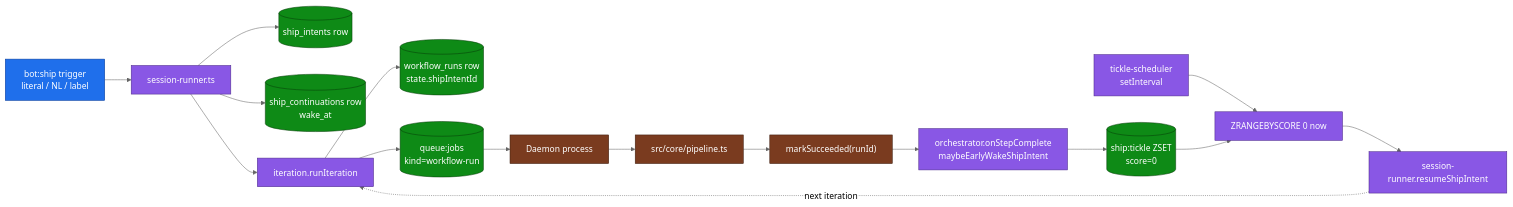
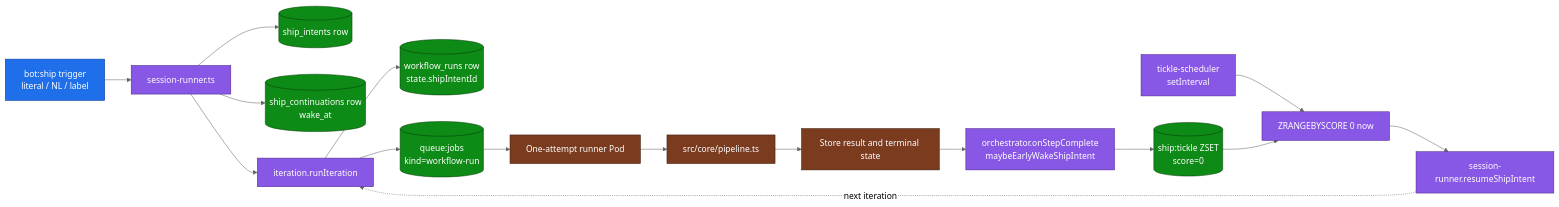
The third of 4 diagrams in docs/build/architecture.md (chrisleekr/github-app), drawn with Mermaid (neutral theme) before and after one commit. The commit also changed other lines of this file and 76 other files, not shown here.

Commit message:
feat(runner): isolate structured workflows in one-attempt Kubernetes Pods (#292)

````diff
--- a/docs/build/architecture.md
+++ b/docs/build/architecture.md
@@ -120,34 +270,34 @@
 ```mermaid
 flowchart LR
     Trigger["bot:ship trigger<br/>literal / NL / label"]:::input
     SR["session-runner.ts"]:::core
     Intent[("ship_intents row")]:::store
     Cont[("ship_continuations row<br/>wake_at")]:::store
     Iter["iteration.runIteration"]:::core
     WR[("workflow_runs row<br/>state.shipIntentId")]:::store
     Q[("queue:jobs<br/>kind=workflow-run")]:::store
 
-    Daemon["Daemon process"]:::work
+    Runner["One-attempt runner Pod"]:::work
     Exec["src/core/pipeline.ts"]:::work
-    Done["markSucceeded(runId)"]:::work
+    Done["Store result and terminal state"]:::work
     Cascade["orchestrator.onStepComplete<br/>maybeEarlyWakeShipIntent"]:::core
     Tickle[("ship:tickle ZSET<br/>score=0")]:::store
 
     Timer["tickle-scheduler<br/>setInterval"]:::core
     Due["ZRANGEBYSCORE 0 now"]:::core
     Resume["session-runner.resumeShipIntent"]:::core
 
     Trigger --> SR --> Intent
     SR --> Cont
     SR --> Iter --> WR
     Iter --> Q
-    Q --> Daemon --> Exec --> Done --> Cascade --> Tickle
+    Q --> Runner --> Exec --> Done --> Cascade --> Tickle
     Timer --> Due --> Resume
     Tickle --> Due
     Resume -. next iteration .-> Iter
 
     classDef input fill:#1f6feb,stroke:#0b3d99,color:#ffffff
     classDef core fill:#8957e5,stroke:#4c2889,color:#ffffff
     classDef work fill:#7a3b1f,stroke:#3d1d0e,color:#ffffff
     classDef store fill:#0e8a16,stroke:#063d09,color:#ffffff
 ```
````
